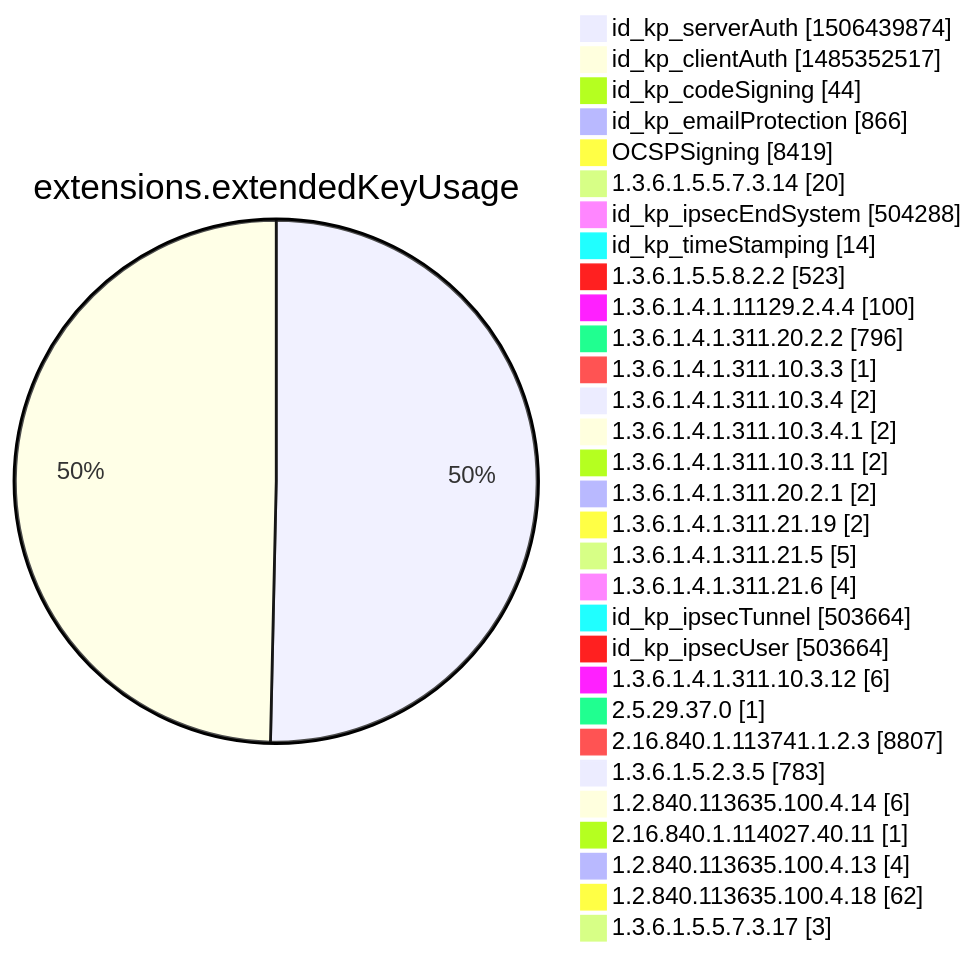
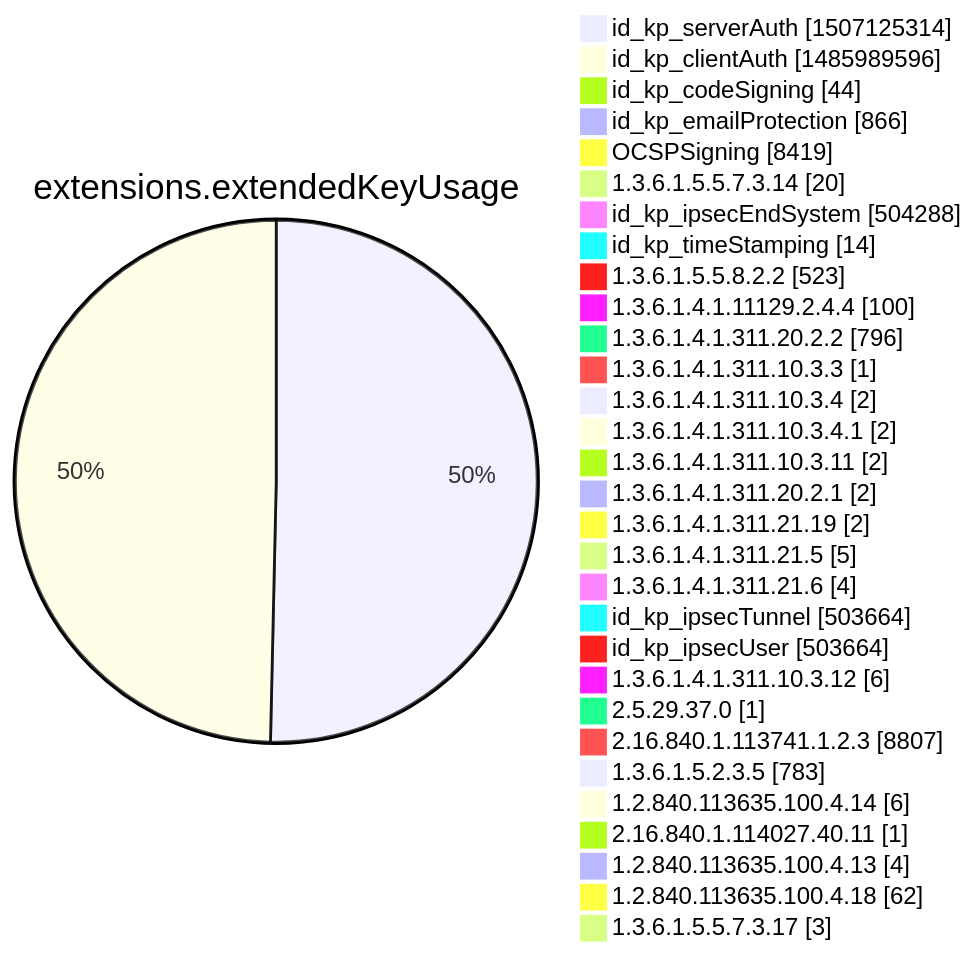
Diagram 12 of 15 in argon2022/README.md (christiankrug/ctmonitor_visualization), drawn with Mermaid before and after one commit. The commit also changed other lines of this file, not shown here.

````diff
--- a/argon2022/README.md
+++ b/argon2022/README.md
@@ -3555,34 +3555,34 @@
 ```mermaid
 pie showData
 title extensions.extendedKeyUsage
-"id_kp_serverAuth" :1506439874
-"id_kp_clientAuth" :1485352517
+"id_kp_serverAuth" :1507125314
+"id_kp_clientAuth" :1485989596
 "id_kp_codeSigning" :44
 "id_kp_emailProtection" :866
 "OCSPSigning" :8419
 "1.3.6.1.5.5.7.3.14" :20
 "id_kp_ipsecEndSystem" :504288
 "id_kp_timeStamping" :14
 "1.3.6.1.5.5.8.2.2" :523
 "1.3.6.1.4.1.11129.2.4.4" :100
 "1.3.6.1.4.1.311.20.2.2" :796
 "1.3.6.1.4.1.311.10.3.3" :1
 "1.3.6.1.4.1.311.10.3.4" :2
 "1.3.6.1.4.1.311.10.3.4.1" :2
 "1.3.6.1.4.1.311.10.3.11" :2
 "1.3.6.1.4.1.311.20.2.1" :2
 "1.3.6.1.4.1.311.21.19" :2
 "1.3.6.1.4.1.311.21.5" :5
 "1.3.6.1.4.1.311.21.6" :4
 "id_kp_ipsecTunnel" :503664
 "id_kp_ipsecUser" :503664
 "1.3.6.1.4.1.311.10.3.12" :6
 "2.5.29.37.0" :1
 "2.16.840.1.113741.1.2.3" :8807
 "1.3.6.1.5.2.3.5" :783
 "1.2.840.113635.100.4.14" :6
 "2.16.840.1.114027.40.11" :1
 "1.2.840.113635.100.4.13" :4
 "1.2.840.113635.100.4.18" :62
 "1.3.6.1.5.5.7.3.17" :3
 ```
````
